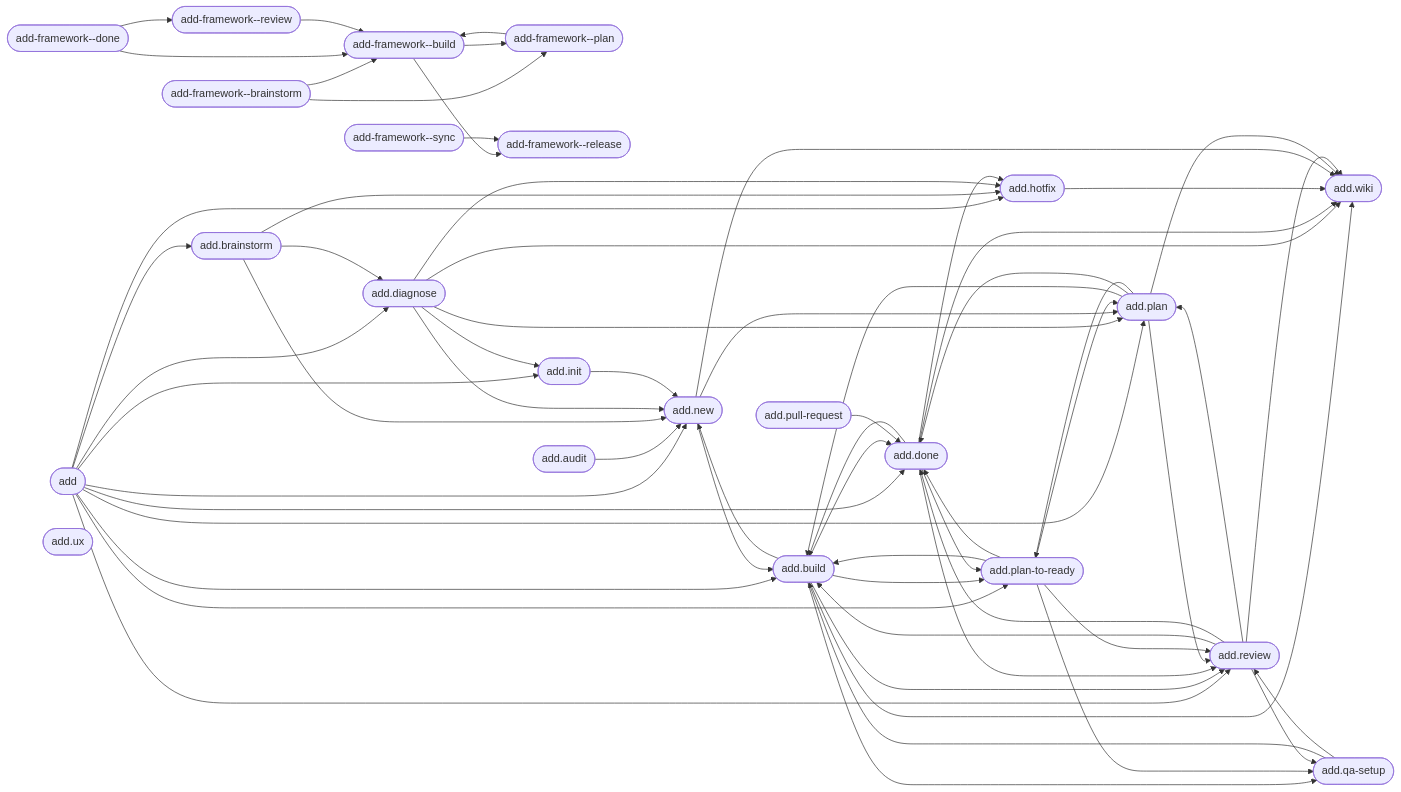
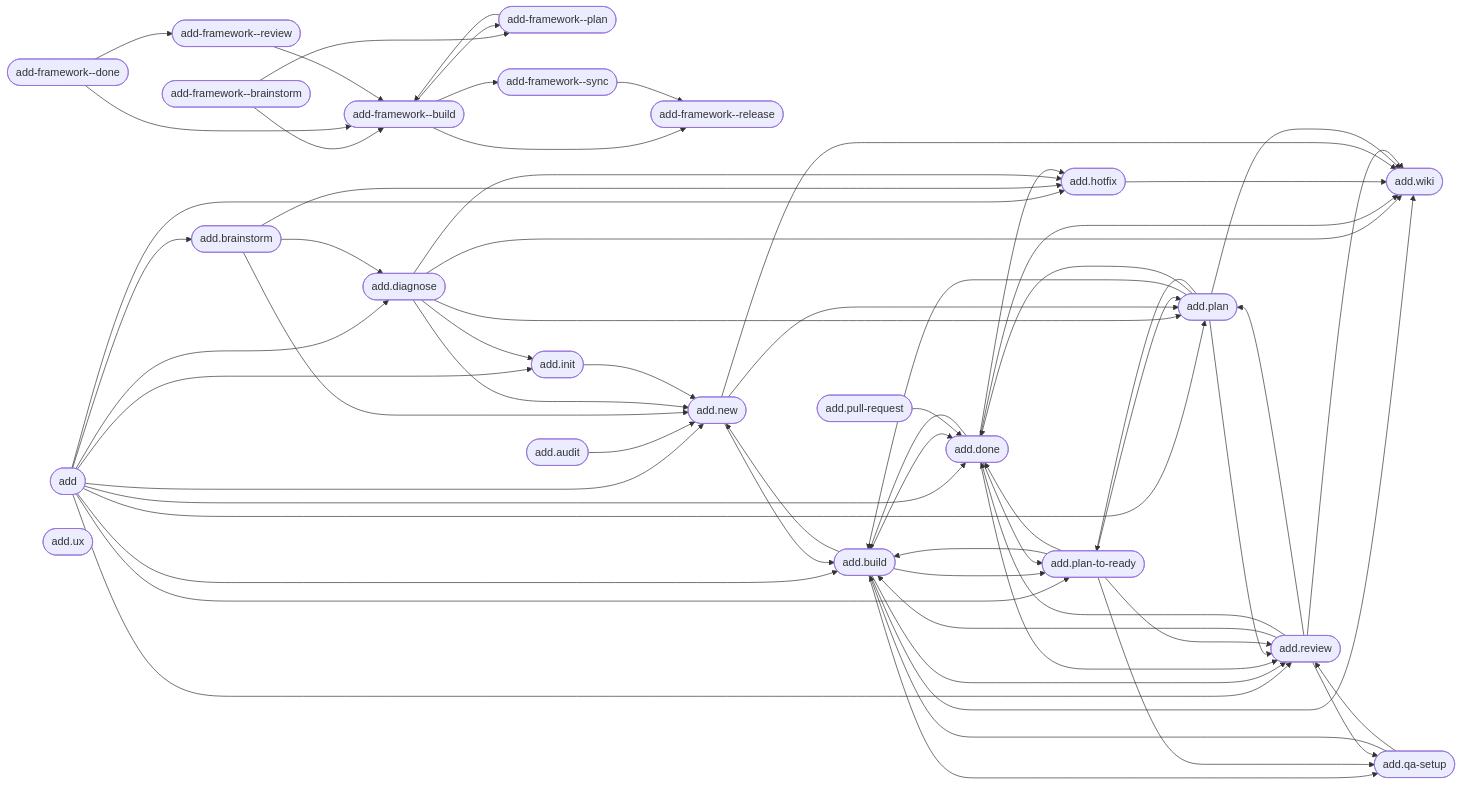
Before and after one commit to brabos-ai/code-addiction: the diagram in web/public/artefact-graph.mmd, drawn with Mermaid. The commit also changed 5 other files, not shown here.

```diff
--- a/web/public/artefact-graph.mmd
+++ b/web/public/artefact-graph.mmd
@@ -1,86 +1,87 @@
 flowchart LR
     n_internal_command_add_framework__brainstorm(["add-framework--brainstorm"])
     n_internal_command_add_framework__build(["add-framework--build"])
     n_internal_command_add_framework__done(["add-framework--done"])
     n_internal_command_add_framework__plan(["add-framework--plan"])
     n_internal_command_add_framework__release(["add-framework--release"])
     n_internal_command_add_framework__review(["add-framework--review"])
     n_internal_command_add_framework__sync(["add-framework--sync"])
     n_product_command_add(["add"])
     n_product_command_add_audit(["add.audit"])
     n_product_command_add_brainstorm(["add.brainstorm"])
     n_product_command_add_build(["add.build"])
     n_product_command_add_diagnose(["add.diagnose"])
     n_product_command_add_done(["add.done"])
     n_product_command_add_hotfix(["add.hotfix"])
     n_product_command_add_init(["add.init"])
     n_product_command_add_new(["add.new"])
     n_product_command_add_plan(["add.plan"])
     n_product_command_add_plan_to_ready(["add.plan-to-ready"])
     n_product_command_add_pull_request(["add.pull-request"])
     n_product_command_add_qa_setup(["add.qa-setup"])
     n_product_command_add_review(["add.review"])
     n_product_command_add_ux(["add.ux"])
     n_product_command_add_wiki(["add.wiki"])
     n_internal_command_add_framework__brainstorm --> n_internal_command_add_framework__build
     n_internal_command_add_framework__brainstorm --> n_internal_command_add_framework__plan
     n_internal_command_add_framework__build --> n_internal_command_add_framework__plan
     n_internal_command_add_framework__build --> n_internal_command_add_framework__release
+    n_internal_command_add_framework__build --> n_internal_command_add_framework__sync
     n_internal_command_add_framework__done --> n_internal_command_add_framework__build
     n_internal_command_add_framework__done --> n_internal_command_add_framework__review
     n_internal_command_add_framework__plan --> n_internal_command_add_framework__build
     n_internal_command_add_framework__review --> n_internal_command_add_framework__build
     n_internal_command_add_framework__sync --> n_internal_command_add_framework__release
     n_product_command_add --> n_product_command_add_brainstorm
     n_product_command_add --> n_product_command_add_build
     n_product_command_add --> n_product_command_add_diagnose
     n_product_command_add --> n_product_command_add_done
     n_product_command_add --> n_product_command_add_hotfix
     n_product_command_add --> n_product_command_add_init
     n_product_command_add --> n_product_command_add_new
     n_product_command_add --> n_product_command_add_plan
     n_product_command_add --> n_product_command_add_plan_to_ready
     n_product_command_add --> n_product_command_add_review
     n_product_command_add_audit --> n_product_command_add_new
     n_product_command_add_brainstorm --> n_product_command_add_diagnose
     n_product_command_add_brainstorm --> n_product_command_add_hotfix
     n_product_command_add_brainstorm --> n_product_command_add_new
     n_product_command_add_build --> n_product_command_add_done
     n_product_command_add_build --> n_product_command_add_new
     n_product_command_add_build --> n_product_command_add_plan_to_ready
     n_product_command_add_build --> n_product_command_add_qa_setup
     n_product_command_add_build --> n_product_command_add_review
     n_product_command_add_build --> n_product_command_add_wiki
     n_product_command_add_diagnose --> n_product_command_add_hotfix
     n_product_command_add_diagnose --> n_product_command_add_init
     n_product_command_add_diagnose --> n_product_command_add_new
     n_product_command_add_diagnose --> n_product_command_add_plan
     n_product_command_add_diagnose --> n_product_command_add_wiki
     n_product_command_add_done --> n_product_command_add_build
     n_product_command_add_done --> n_product_command_add_hotfix
     n_product_command_add_done --> n_product_command_add_plan_to_ready
     n_product_command_add_done --> n_product_command_add_review
     n_product_command_add_done --> n_product_command_add_wiki
     n_product_command_add_hotfix --> n_product_command_add_wiki
     n_product_command_add_init --> n_product_command_add_new
     n_product_command_add_new --> n_product_command_add_build
     n_product_command_add_new --> n_product_command_add_plan
     n_product_command_add_new --> n_product_command_add_wiki
     n_product_command_add_plan --> n_product_command_add_build
     n_product_command_add_plan --> n_product_command_add_done
     n_product_command_add_plan --> n_product_command_add_plan_to_ready
     n_product_command_add_plan --> n_product_command_add_review
     n_product_command_add_plan --> n_product_command_add_wiki
     n_product_command_add_plan_to_ready --> n_product_command_add_build
     n_product_command_add_plan_to_ready --> n_product_command_add_done
     n_product_command_add_plan_to_ready --> n_product_command_add_plan
     n_product_command_add_plan_to_ready --> n_product_command_add_qa_setup
     n_product_command_add_plan_to_ready --> n_product_command_add_review
     n_product_command_add_pull_request --> n_product_command_add_done
     n_product_command_add_qa_setup --> n_product_command_add_build
     n_product_command_add_qa_setup --> n_product_command_add_review
     n_product_command_add_review --> n_product_command_add_build
     n_product_command_add_review --> n_product_command_add_done
     n_product_command_add_review --> n_product_command_add_plan
     n_product_command_add_review --> n_product_command_add_qa_setup
     n_product_command_add_review --> n_product_command_add_wiki
```
